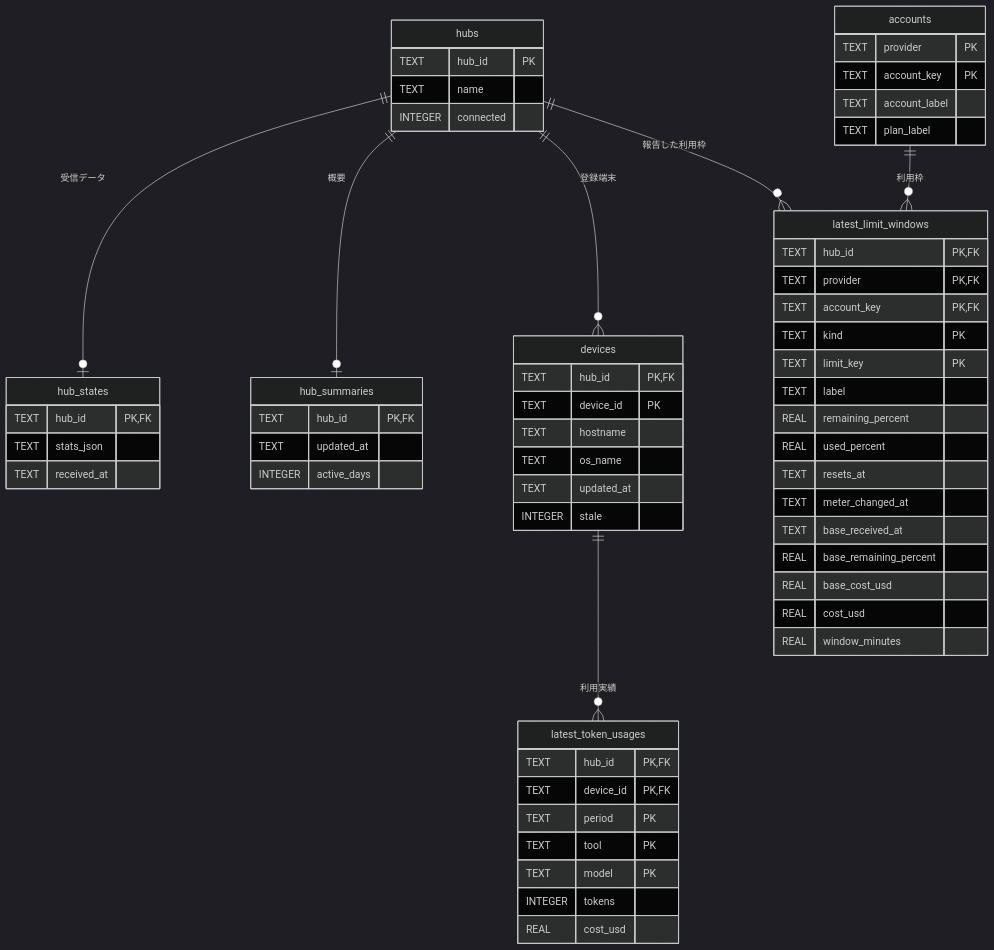
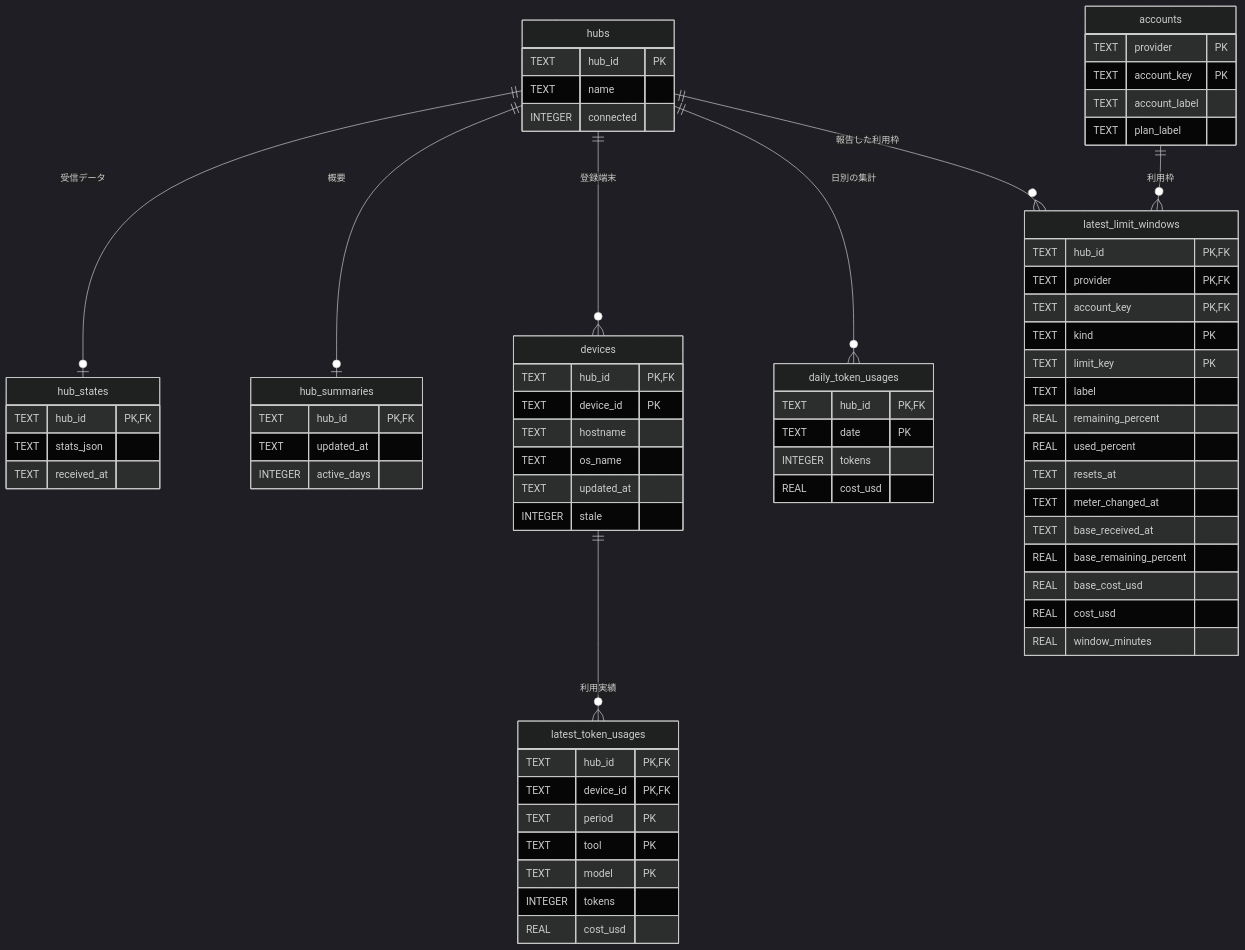
One commit to nuitsjp/multi-token-monitor changed the diagram in docs/design/data.md. Above: the diagram before and after it, drawn with Mermaid (dark theme). The commit also changed other lines of this file and 11 other files, not shown here.

Commit message:
feat: store daily activity by date and show it on Home

````diff
--- a/docs/design/data.md
+++ b/docs/design/data.md
@@ -7,64 +7,71 @@
 ```mermaid
 erDiagram
   hubs ||--o| hub_states : "受信データ"
   hubs ||--o| hub_summaries : "概要"
   hubs ||--o{ devices : "登録端末"
+  hubs ||--o{ daily_token_usages : "日別の集計"
   devices ||--o{ latest_token_usages : "利用実績"
   hubs ||--o{ latest_limit_windows : "報告した利用枠"
   accounts ||--o{ latest_limit_windows : "利用枠"
   hubs {
     TEXT hub_id PK
     TEXT name
     INTEGER connected
   }
   hub_states {
     TEXT hub_id PK,FK
     TEXT stats_json
     TEXT received_at
   }
   hub_summaries {
     TEXT hub_id PK,FK
     TEXT updated_at
     INTEGER active_days
+  }
+  daily_token_usages {
+    TEXT hub_id PK,FK
+    TEXT date PK
+    INTEGER tokens
+    REAL cost_usd
   }
   devices {
     TEXT hub_id PK,FK
     TEXT device_id PK
     TEXT hostname
     TEXT os_name
     TEXT updated_at
     INTEGER stale
   }
   latest_token_usages {
     TEXT hub_id PK,FK
     TEXT device_id PK,FK
     TEXT period PK
     TEXT tool PK
     TEXT model PK
     INTEGER tokens
     REAL cost_usd
   }
   accounts {
     TEXT provider PK
     TEXT account_key PK
     TEXT account_label
     TEXT plan_label
   }
   latest_limit_windows {
     TEXT hub_id PK,FK
     TEXT provider PK,FK
     TEXT account_key PK,FK
     TEXT kind PK
     TEXT limit_key PK
     TEXT label
     REAL remaining_percent
     REAL used_percent
     TEXT resets_at
     TEXT meter_changed_at
     TEXT base_received_at
     REAL base_remaining_percent
     REAL base_cost_usd
     REAL cost_usd
     REAL window_minutes
   }
 ```
````
